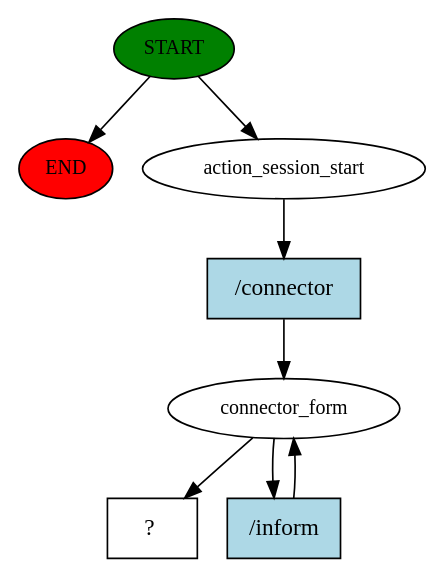
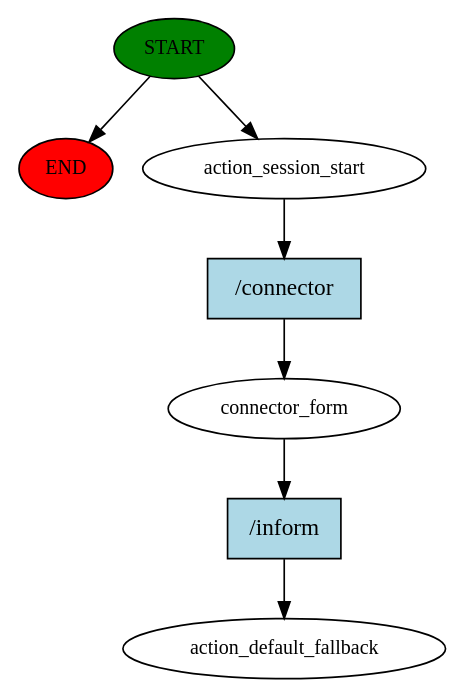
One commit to sameeranjan22/connektra-chatbot changed the diagram in story_graph.dot. Above: the diagram before and after it, drawn with Graphviz. The commit also changed 67 other files, not shown here.

```diff
--- a/story_graph.dot
+++ b/story_graph.dot
@@ -1,16 +1,15 @@
 digraph  {
 0 [class="start active", fillcolor=green, fontsize=12, label=START, style=filled];
 "-1" [class=end, fillcolor=red, fontsize=12, label=END, style=filled];
 1 [class=active, fontsize=12, label=action_session_start];
 2 [class=active, fontsize=12, label=connector_form];
-4 [class="intent dashed active", label="  ?  ", shape=rect];
-5 [class="intent active", fillcolor=lightblue, label="/connector", shape=rect, style=filled];
-6 [class="intent active", fillcolor=lightblue, label="/inform", shape=rect, style=filled];
+3 [class="dashed active", fontsize=12, label=action_default_fallback];
+4 [class="intent active", fillcolor=lightblue, label="/connector", shape=rect, style=filled];
+5 [class="intent active", fillcolor=lightblue, label="/inform", shape=rect, style=filled];
 0 -> "-1"  [class="", key=NONE, label=""];
 0 -> 1  [class=active, key=NONE, label=""];
-1 -> 5  [class=active, key=0];
-2 -> 4  [class=active, key=NONE, label=""];
-2 -> 6  [class=active, key=0];
-5 -> 2  [class=active, key=0];
-6 -> 2  [class=active, key=0];
+1 -> 4  [class=active, key=0];
+2 -> 5  [class=active, key=0];
+4 -> 2  [class=active, key=0];
+5 -> 3  [class=active, key=0];
 }
```
